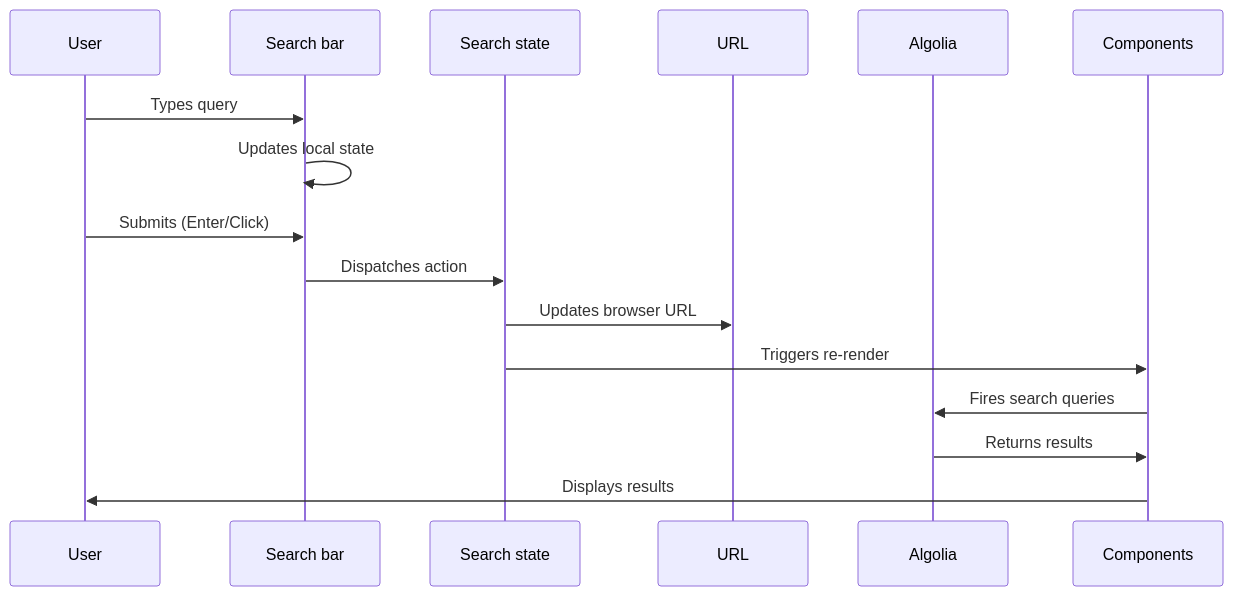
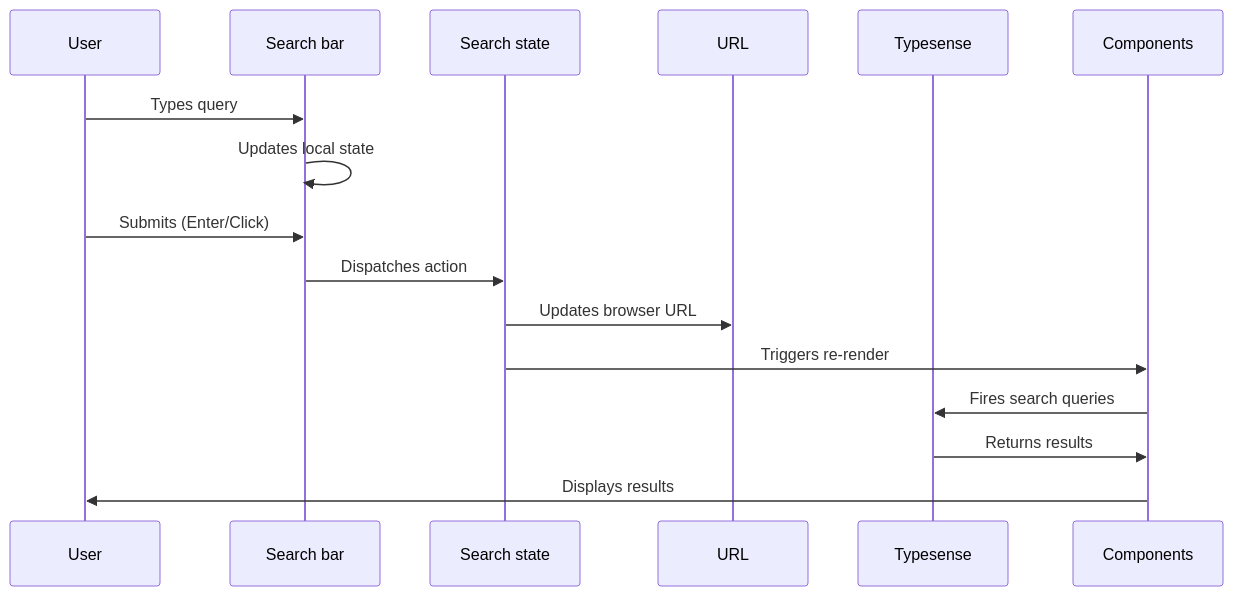
Before and after one commit to owid/owid-grapher: the second of 2 diagrams in site/search/README.md, drawn with Mermaid. The commit also changed other lines of this file and 4 other files, not shown here.

First line of the commit message:
🔨🤖 Convert evaluateSearch to Typesense, drop the Algolia lite client

````diff
--- a/site/search/README.md
+++ b/site/search/README.md
@@ -92,19 +92,19 @@
 ```mermaid
 sequenceDiagram
     participant User
     participant Search bar
     participant Search state
     participant URL
-    participant Algolia
+    participant Typesense
     participant Components
 
     User->>Search bar: Types query
     Search bar->>Search bar: Updates local state
     User->>Search bar: Submits (Enter/Click)
     Search bar->>Search state: Dispatches action
     Search state->>URL: Updates browser URL
     Search state->>Components: Triggers re-render
-    Components->>Algolia: Fires search queries
-    Algolia->>Components: Returns results
+    Components->>Typesense: Fires search queries
+    Typesense->>Components: Returns results
     Components->>User: Displays results
 ```
````
